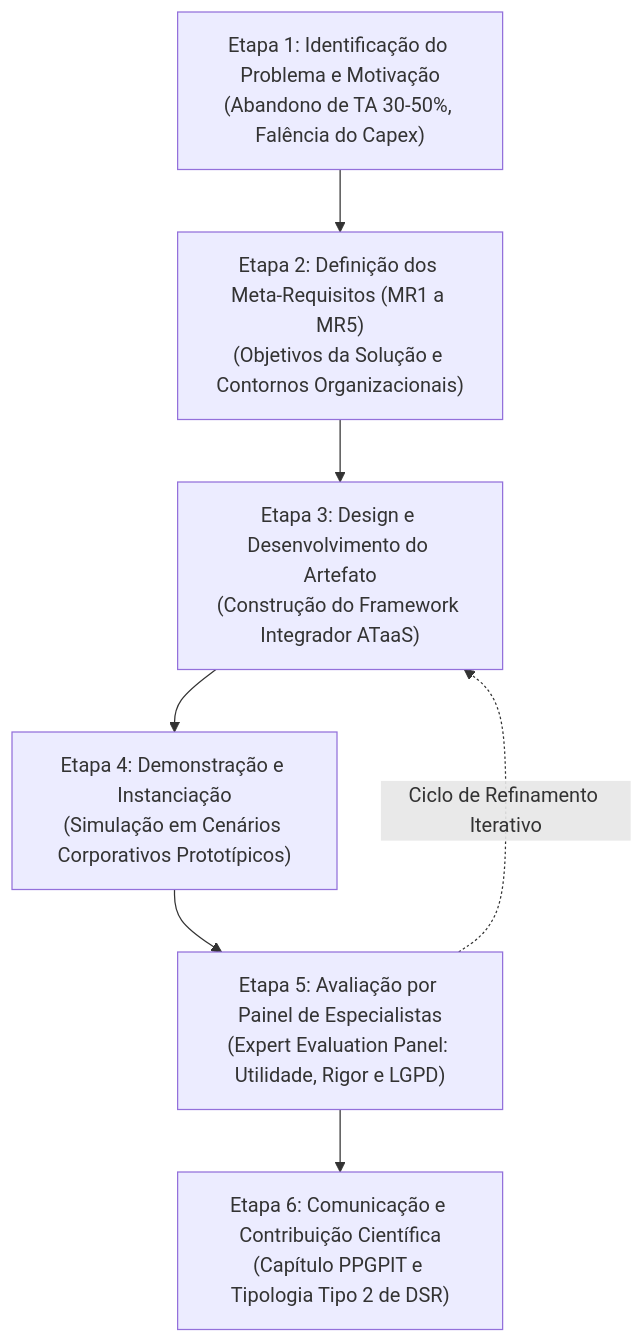
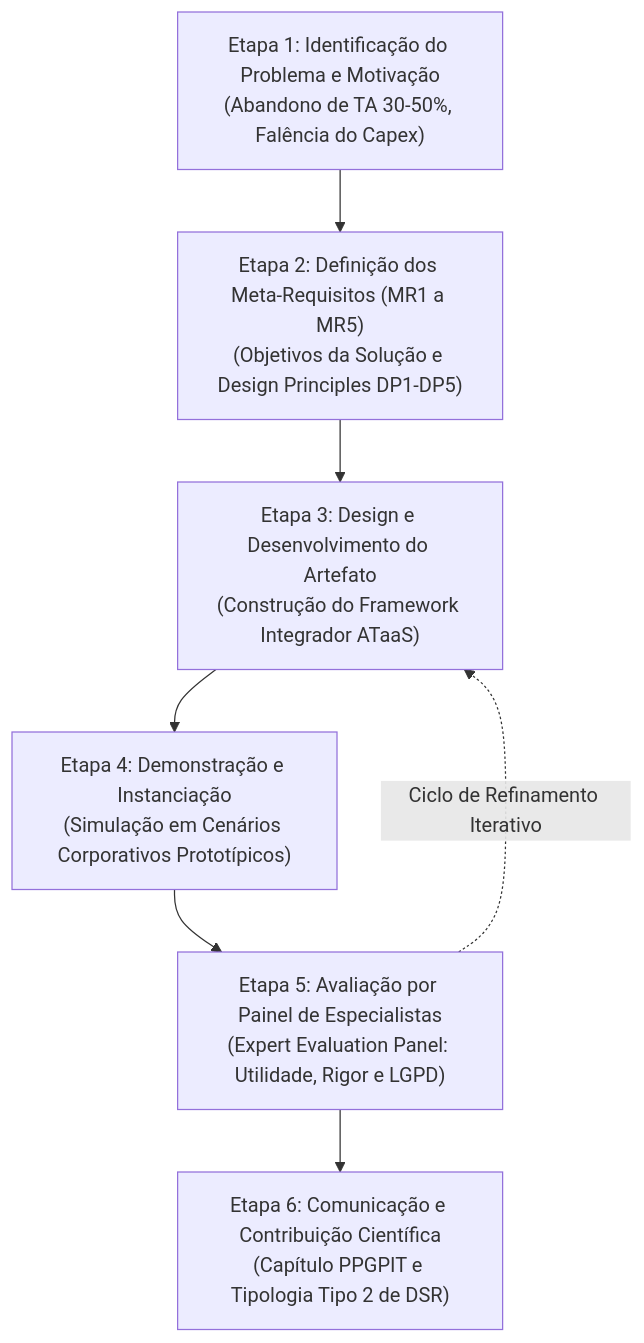
Before and after one commit to josuejofre/artigo-tecnologias-assistivas-geti: the diagram in Artigo_DSR/artigo_capitulo_livro_tecnologias_assistivas_DSR.md, drawn with Mermaid. The commit also changed other lines of this file and 1 other file, not shown here.

````diff
--- a/Artigo_DSR/artigo_capitulo_livro_tecnologias_assistivas_DSR.md
+++ b/Artigo_DSR/artigo_capitulo_livro_tecnologias_assistivas_DSR.md
@@ -126,9 +178,9 @@
 ```mermaid
 flowchart TD
-    E1["Etapa 1: Identificação do Problema e Motivação<br/>(Abandono de TA 30-50%, Falência do Capex)"] --> E2["Etapa 2: Definição dos Meta-Requisitos (MR1 a MR5)<br/>(Objetivos da Solução e Contornos Organizacionais)"]
+    E1["Etapa 1: Identificação do Problema e Motivação<br/>(Abandono de TA 30-50%, Falência do Capex)"] --> E2["Etapa 2: Definição dos Meta-Requisitos (MR1 a MR5)<br/>(Objetivos da Solução e Design Principles DP1-DP5)"]
     E2 --> E3["Etapa 3: Design e Desenvolvimento do Artefato<br/>(Construção do Framework Integrador ATaaS)"]
     E3 --> E4["Etapa 4: Demonstração e Instanciação<br/>(Simulação em Cenários Corporativos Prototípicos)"]
     E4 --> E5["Etapa 5: Avaliação por Painel de Especialistas<br/>(Expert Evaluation Panel: Utilidade, Rigor e LGPD)"]
     E5 --> E6["Etapa 6: Comunicação e Contribuição Científica<br/>(Capítulo PPGPIT e Tipologia Tipo 2 de DSR)"]
     E5 -.->|"Ciclo de Refinamento Iterativo"| E3
 ```
````
